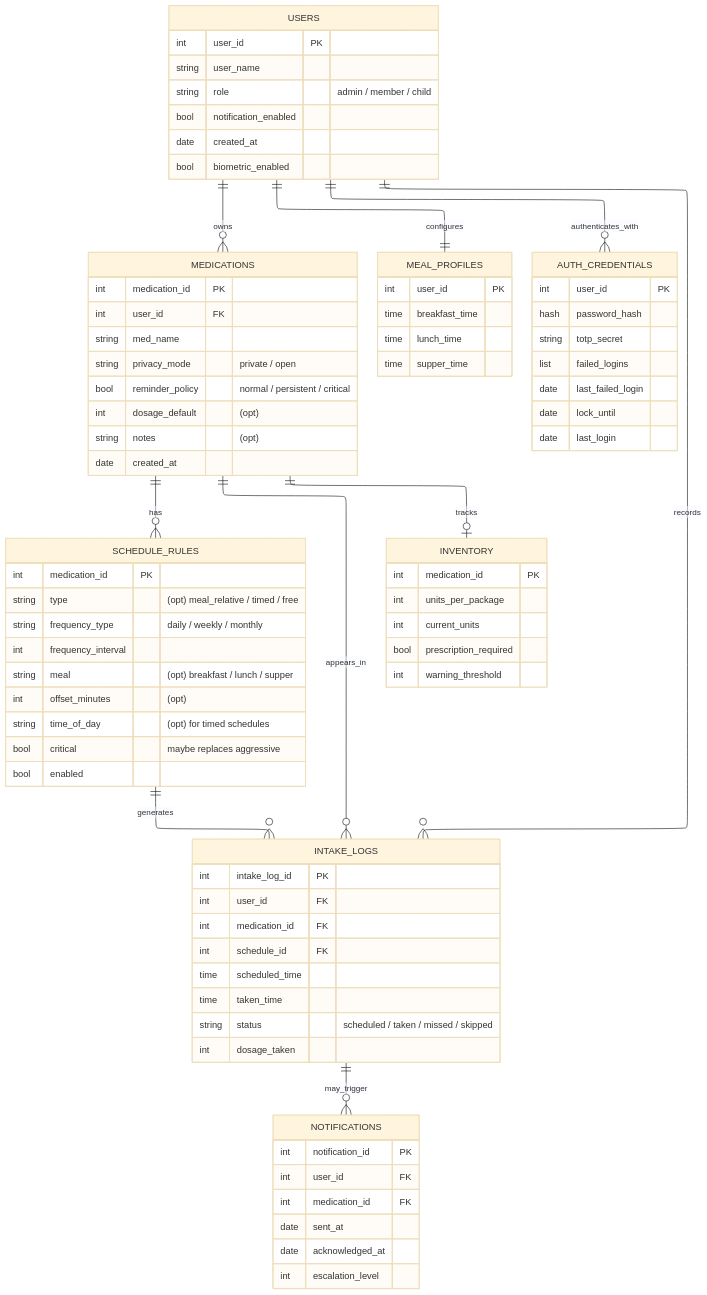
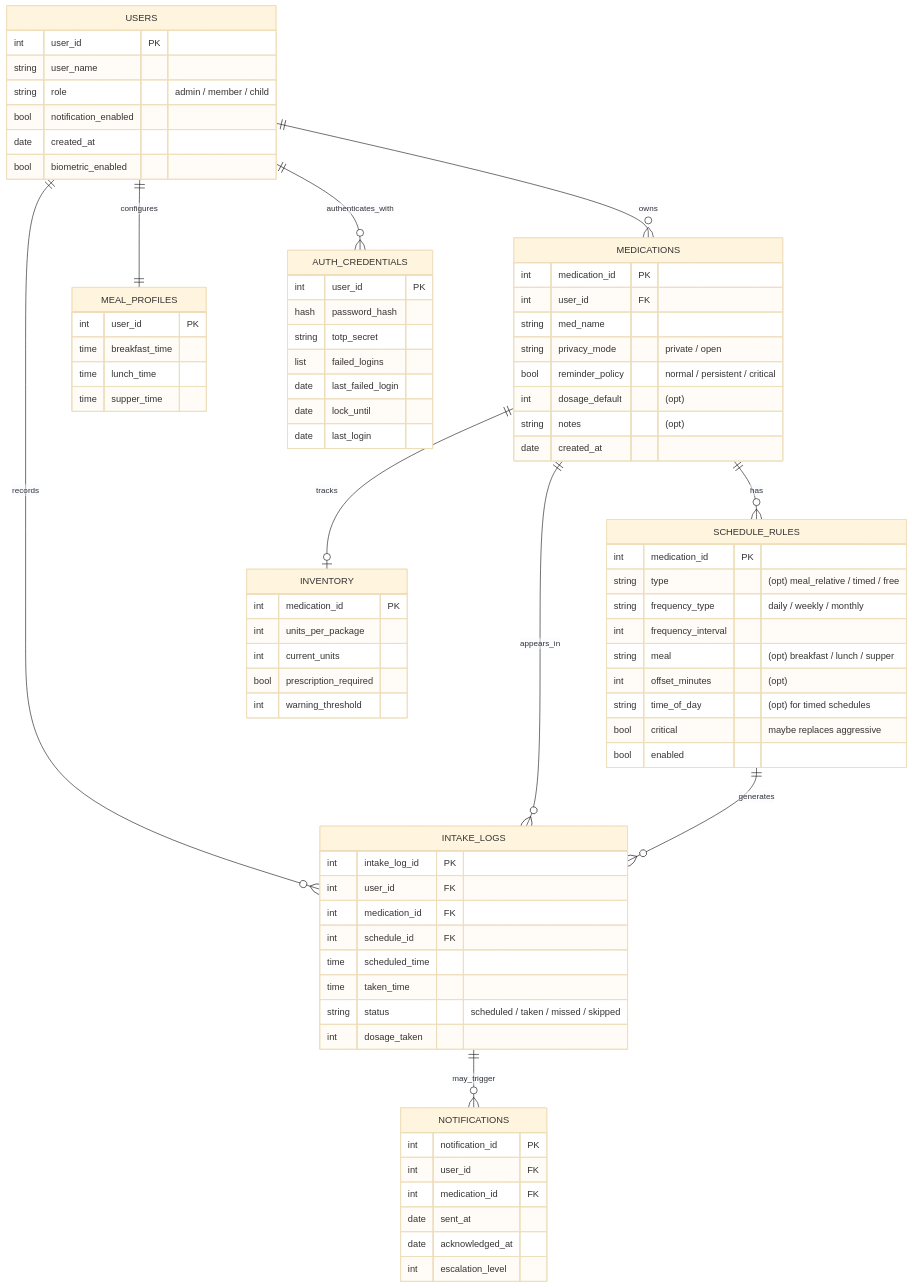
The third of 3 diagrams in docs/SDD.md (juscghwe/pilltracker), drawn with Mermaid (base theme) before and after one commit. The commit also changed other lines of this file, not shown here.

````diff
--- a/docs/SDD.md
+++ b/docs/SDD.md
@@ -94,8 +123,4 @@
 ```mermaid
----
-config:
-  layout: elk
----
 erDiagram
     USERS ||--o{ MEDICATIONS : owns
     USERS ||--|| MEAL_PROFILES : configures
````
